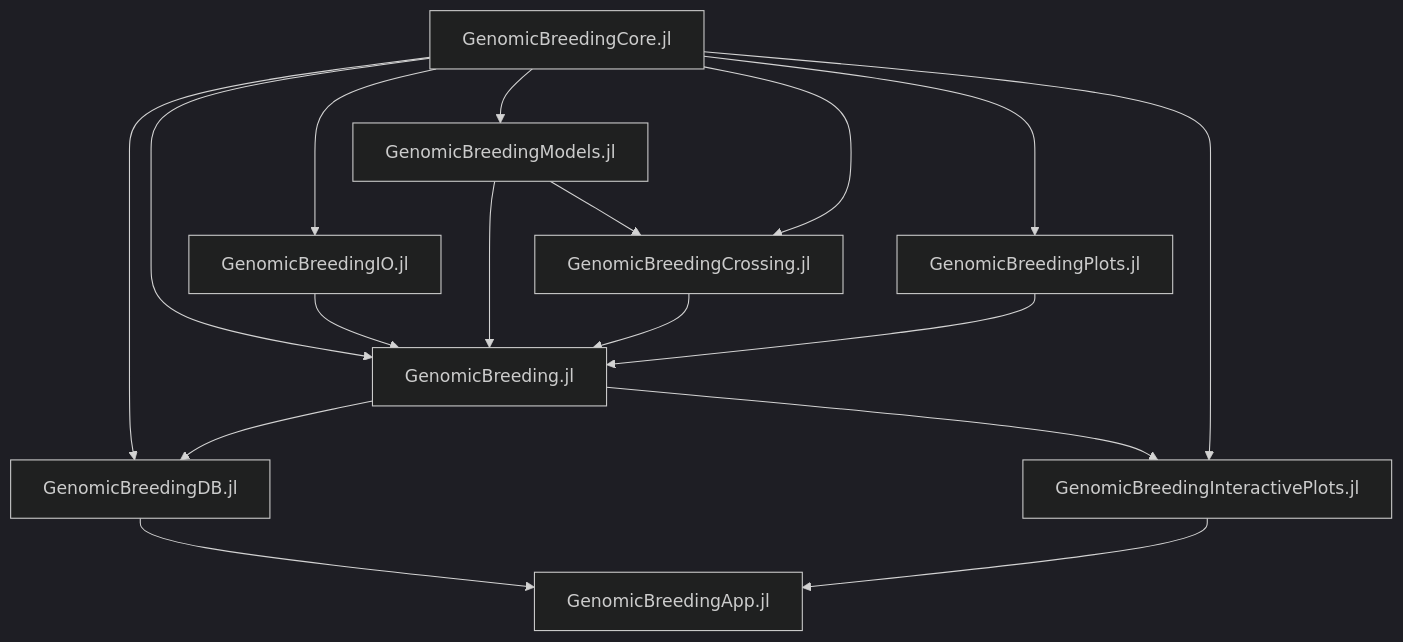
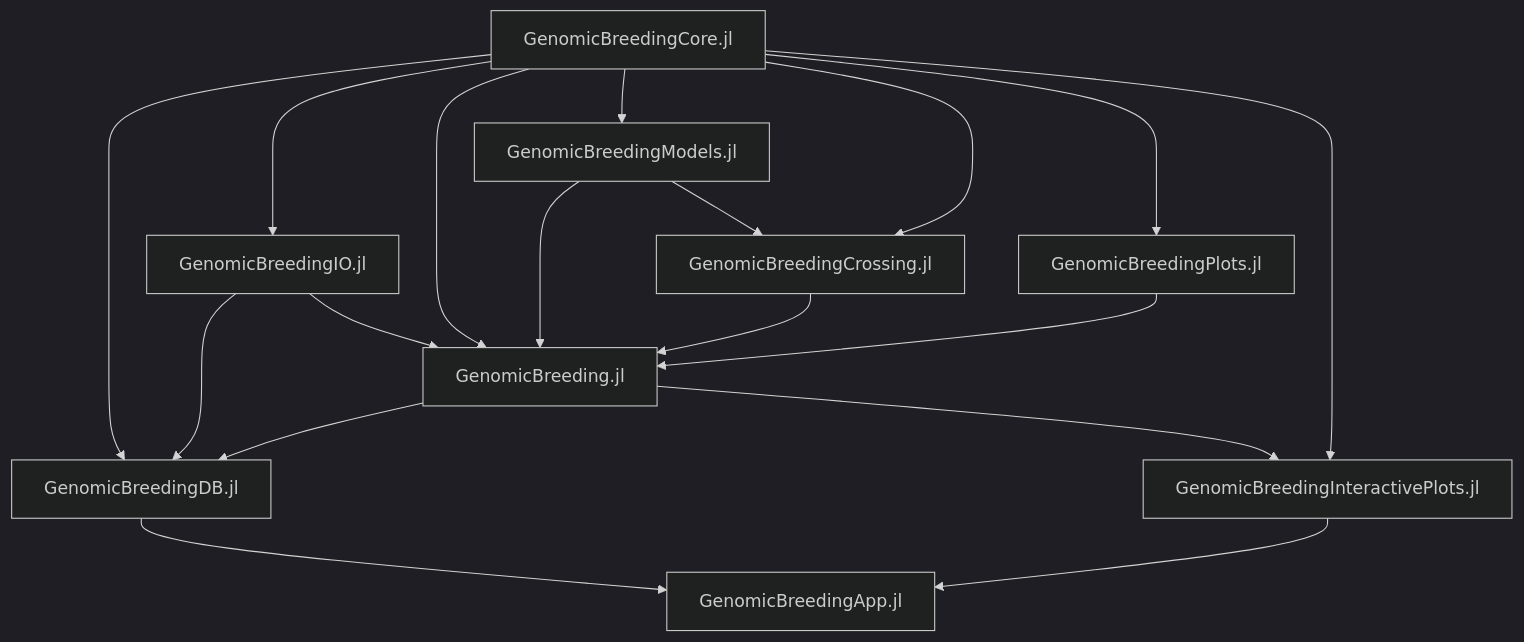
The diagram in profile/README.md (GenomicBreeding/.github), drawn with Mermaid (dark theme) before and after one commit.

Commit message:
Update architecture graph
Adding connection between IO and DB keeping no lines intersecting for ease of visualisation

````diff
--- a/profile/README.md
+++ b/profile/README.md
@@ -23,21 +23,22 @@
 ```mermaid
 flowchart TB
     Core[GenomicBreedingCore.jl] --> DB[GenomicBreedingDB.jl]
+    Core --> IO[GenomicBreedingIO.jl]
     Core --> Workflow[GenomicBreeding.jl]
-    IO[GenomicBreedingIO.jl] --> Workflow
+    IO --> DB
+    IO --> Workflow
     Models[GenomicBreedingModels.jl] --> Workflow
     Plots[GenomicBreedingPlots.jl] --> Workflow
     Cross[GenomicBreedingCrossing.jl] --> Workflow
     
-    Core --> IO
     Core --> Models
     Core --> Cross
     Core --> Plots
     
     Models --> Cross
     Workflow --> DB
     Core --> IPlots[GenomicBreedingInteractivePlots.jl]
     Workflow --> IPlots
     DB --> App[GenomicBreedingApp.jl]
     IPlots --> App
 ```
````
